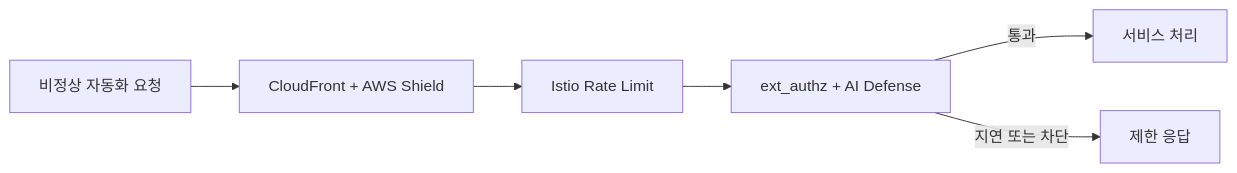
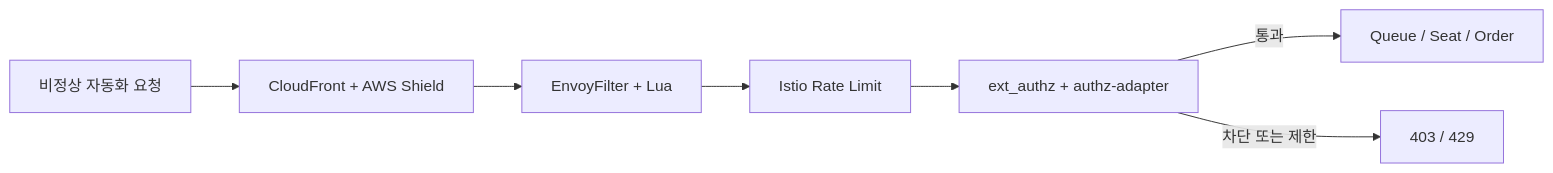
The diagram in docs/content/security/bot-defense.md (goorm-gongbang/001-finalPR), drawn with Mermaid before and after one commit. The commit also changed other lines of this file and 5 other files, not shown here.

````diff
--- a/docs/content/security/bot-defense.md
+++ b/docs/content/security/bot-defense.md
@@ -9,8 +9,9 @@
 ```mermaid
 flowchart LR
     BOT[비정상 자동화 요청] --> EDGE[CloudFront + AWS Shield]
-    EDGE --> LIMIT[Istio Rate Limit]
-    LIMIT --> AUTHZ[ext_authz + AI Defense]
-    AUTHZ -->|통과| APP[서비스 처리]
-    AUTHZ -->|지연 또는 차단| BLOCK[제한 응답]
+    EDGE --> WAF[EnvoyFilter + Lua]
+    WAF --> LIMIT[Istio Rate Limit]
+    LIMIT --> AUTHZ[ext_authz + authz-adapter]
+    AUTHZ -->|통과| APP[Queue / Seat / Order]
+    AUTHZ -->|차단 또는 제한| BLOCK[403 / 429]
 ```
````
